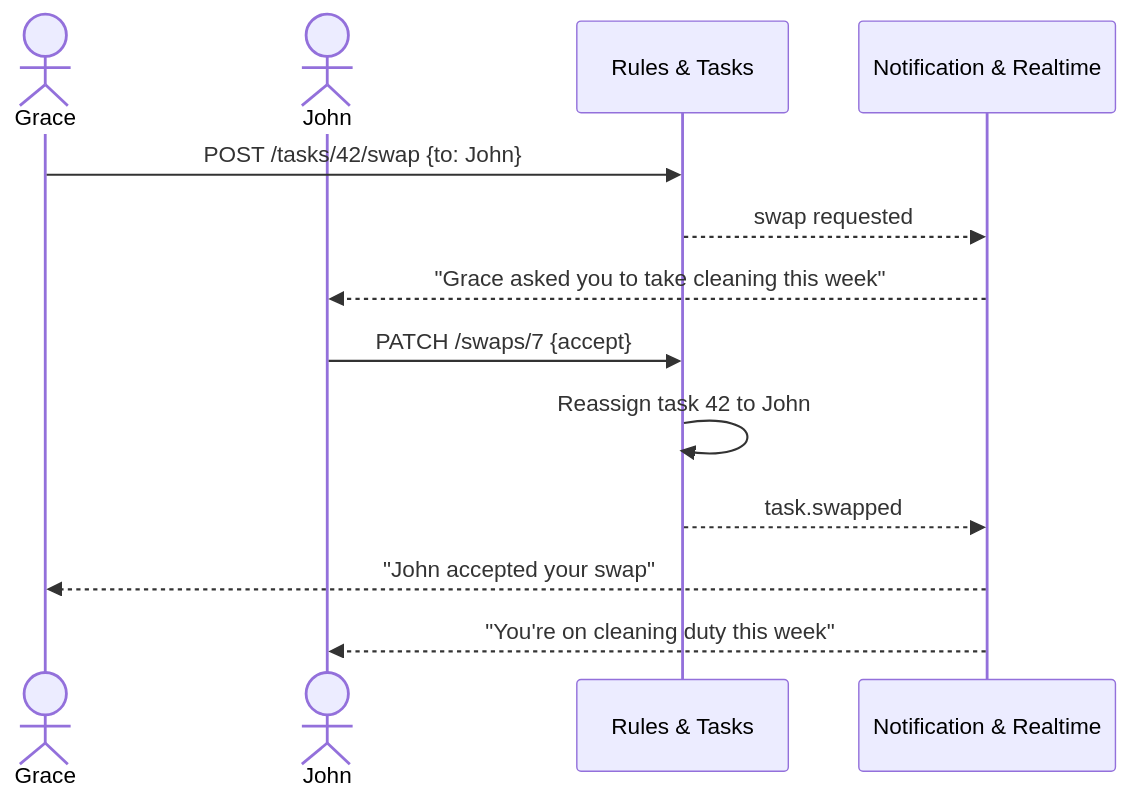
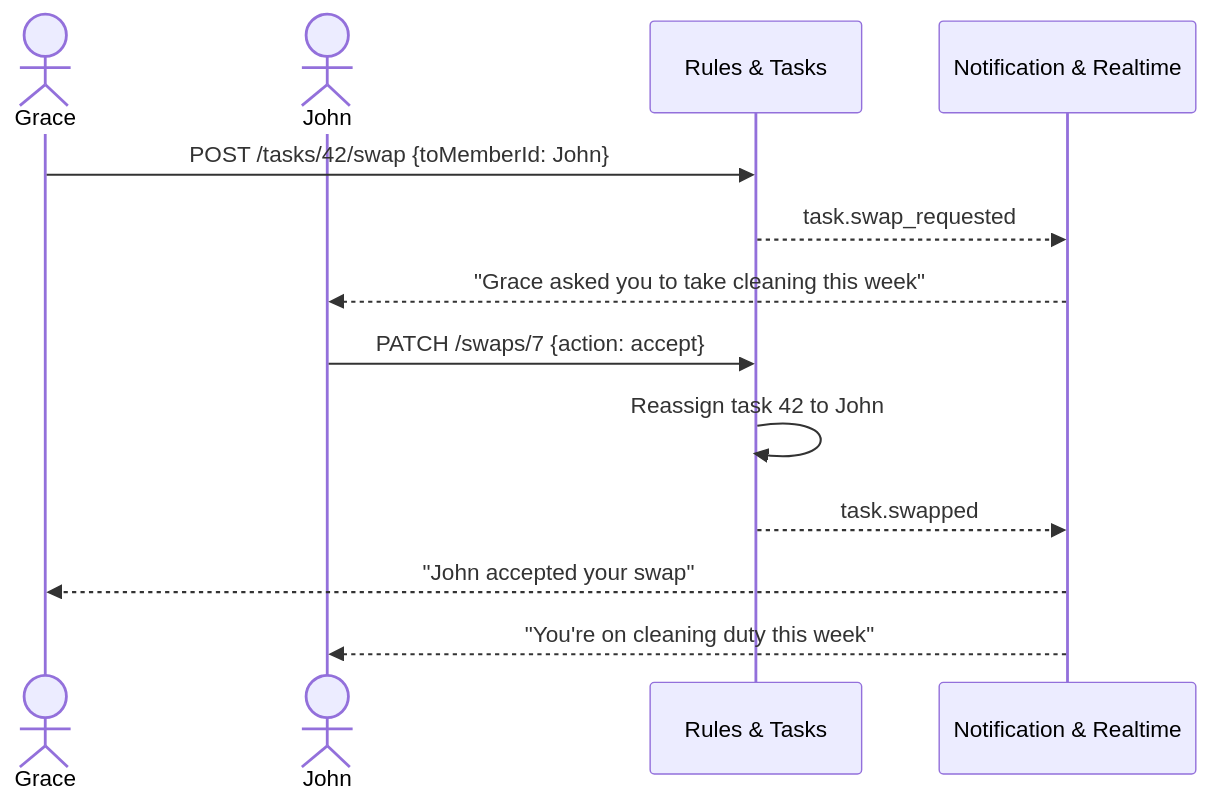
The fourth of 11 diagrams in docs/architecture.md (Vivianmurathimi/orgpulse), drawn with Mermaid before and after one commit. The commit also changed other lines of this file and 5 other files, not shown here.

````diff
--- a/docs/architecture.md
+++ b/docs/architecture.md
@@ -159,16 +164,16 @@
 ```mermaid
 sequenceDiagram
     actor Grace
     actor John
     participant R as Rules & Tasks
     participant N as Notification & Realtime
 
-    Grace->>R: POST /tasks/42/swap {to: John}
-    R-->>N: swap requested
+    Grace->>R: POST /tasks/42/swap {toMemberId: John}
+    R-->>N: task.swap_requested
     N-->>John: "Grace asked you to take cleaning this week"
-    John->>R: PATCH /swaps/7 {accept}
+    John->>R: PATCH /swaps/7 {action: accept}
     R->>R: Reassign task 42 to John
     R-->>N: task.swapped
     N-->>Grace: "John accepted your swap"
     N-->>John: "You're on cleaning duty this week"
 ```
````
